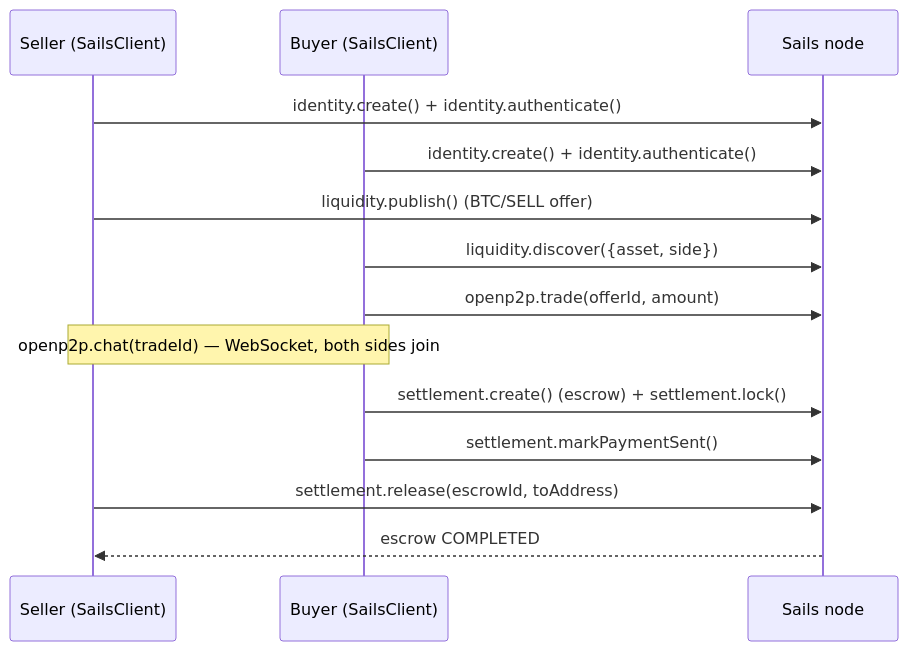
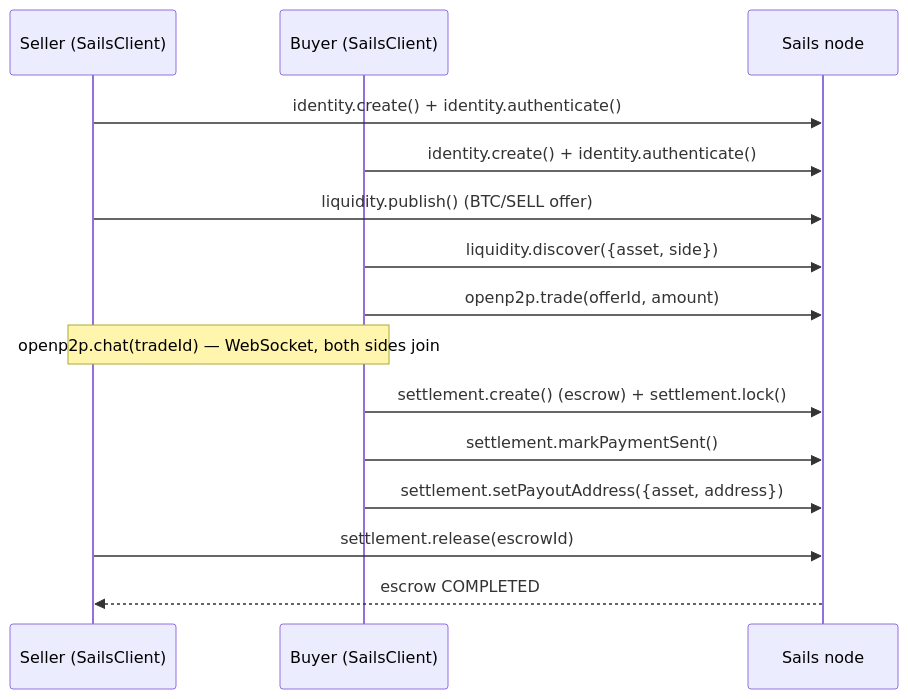
The first of 2 diagrams in examples/sails-integration-starter/docs/ARCHITECTURE.md (alan-schramm/Sails-Protocol), drawn with Mermaid before and after one commit. The commit also changed 10 other files, not shown here.

````diff
--- a/examples/sails-integration-starter/docs/ARCHITECTURE.md
+++ b/examples/sails-integration-starter/docs/ARCHITECTURE.md
@@ -28,17 +28,18 @@
 ```mermaid
 sequenceDiagram
     participant Seller as Seller (SailsClient)
     participant Buyer as Buyer (SailsClient)
     participant Node as Sails node
 
     Seller->>Node: identity.create() + identity.authenticate()
     Buyer->>Node: identity.create() + identity.authenticate()
     Seller->>Node: liquidity.publish() (BTC/SELL offer)
     Buyer->>Node: liquidity.discover({asset, side})
     Buyer->>Node: openp2p.trade(offerId, amount)
     Note over Seller,Buyer: openp2p.chat(tradeId) — WebSocket, both sides join
     Buyer->>Node: settlement.create() (escrow) + settlement.lock()
     Buyer->>Node: settlement.markPaymentSent()
-    Seller->>Node: settlement.release(escrowId, toAddress)
+    Buyer->>Node: settlement.setPayoutAddress({asset, address})
+    Seller->>Node: settlement.release(escrowId)
     Node-->>Seller: escrow COMPLETED
 ```
````
